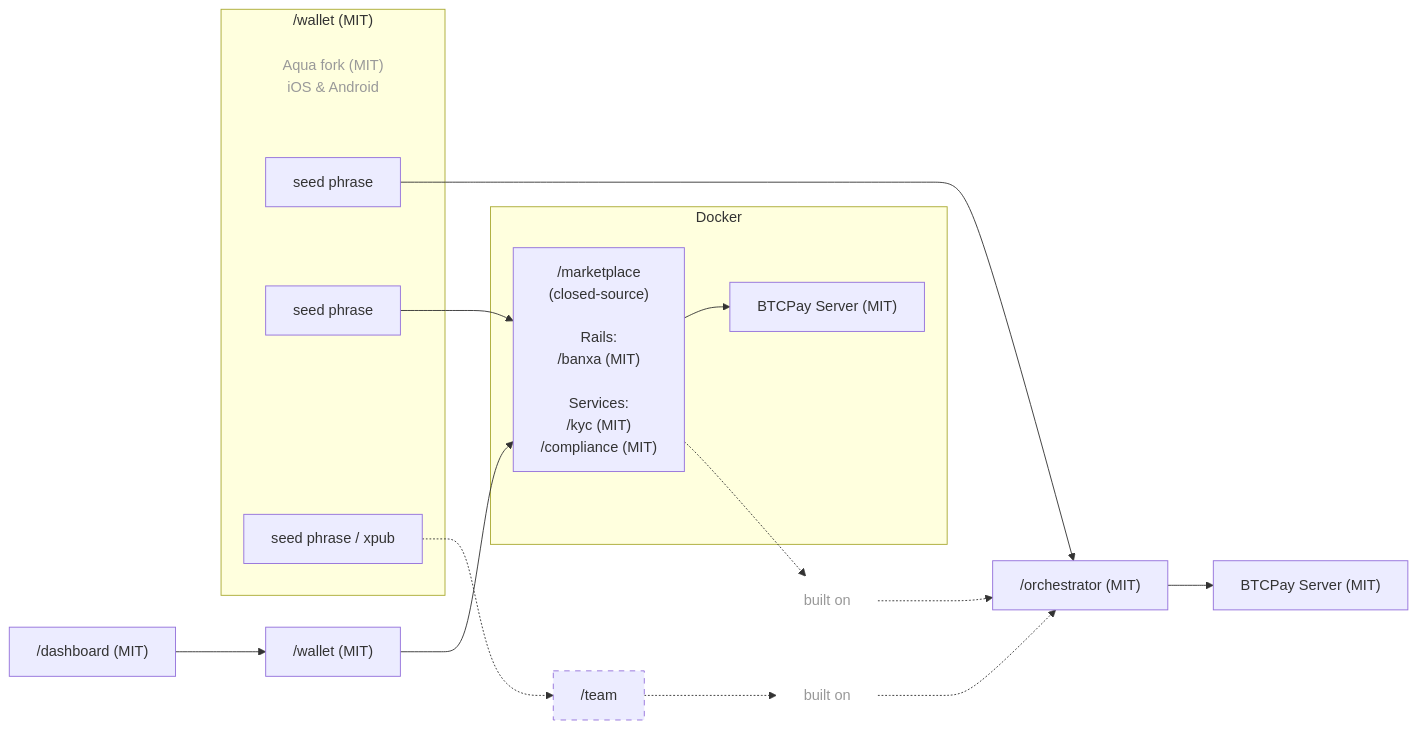
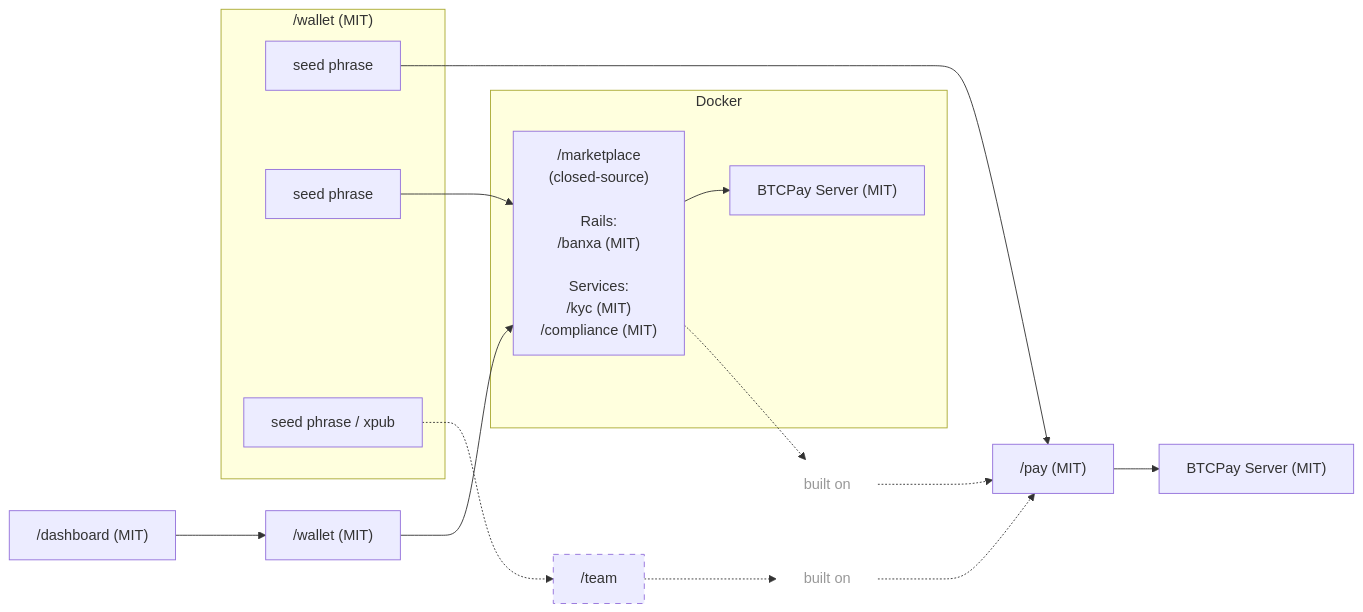
The diagram in README.md (ara-peaha-ai/orchestrator), drawn with Mermaid before and after one commit. The commit also changed other lines of this file, not shown here.

First line of the commit message:
docs: drop Sberbank and the deprecated Aqua wallet

````diff
--- a/README.md
+++ b/README.md
@@ -53,45 +51,43 @@
 ```mermaid
 flowchart LR
 
 subgraph walletWrap["/wallet (MIT)"]
-  walletPlatform["Aqua fork (MIT)<br/>iOS & Android"]
   seedMono["seed phrase"]
   seedMarket["seed phrase"]
   seedTeam["seed phrase / xpub"]
 end
 
-mono["/orchestrator (MIT)"]
+mono["/pay (MIT)"]
 monoBtcpay["BTCPay Server (MIT)"]
 
 subgraph docker["Docker"]
   marketplace["/marketplace<br/>(closed-source)<br/><br/>Rails:<br/>/banxa (MIT)<br/><br/>Services:<br/>/kyc (MIT)<br/>/compliance (MIT)"]
   marketBtcpay["BTCPay Server (MIT)"]
 end
 
 team["/team"]
 otherWallet["/wallet (MIT)"]
 builtMarket["built on"]
 builtTeam["built on"]
 
 dashboard["/dashboard (MIT)"]
 
 seedMono --> mono
 seedMarket --> marketplace
 seedTeam -.-> team
 otherWallet --> marketplace
 
 mono --> monoBtcpay
 marketplace --> marketBtcpay
 dashboard --> otherWallet
 
 marketplace -.-> builtMarket
 builtMarket -.-> mono
 
 team -.-> builtTeam
 builtTeam -.-> mono
 
 style team stroke-dasharray: 6 6
 style builtMarket fill:transparent,stroke:transparent,color:#999
 style builtTeam fill:transparent,stroke:transparent,color:#999
-style walletPlatform fill:transparent,stroke:transparent,color:#999
 ```
````
